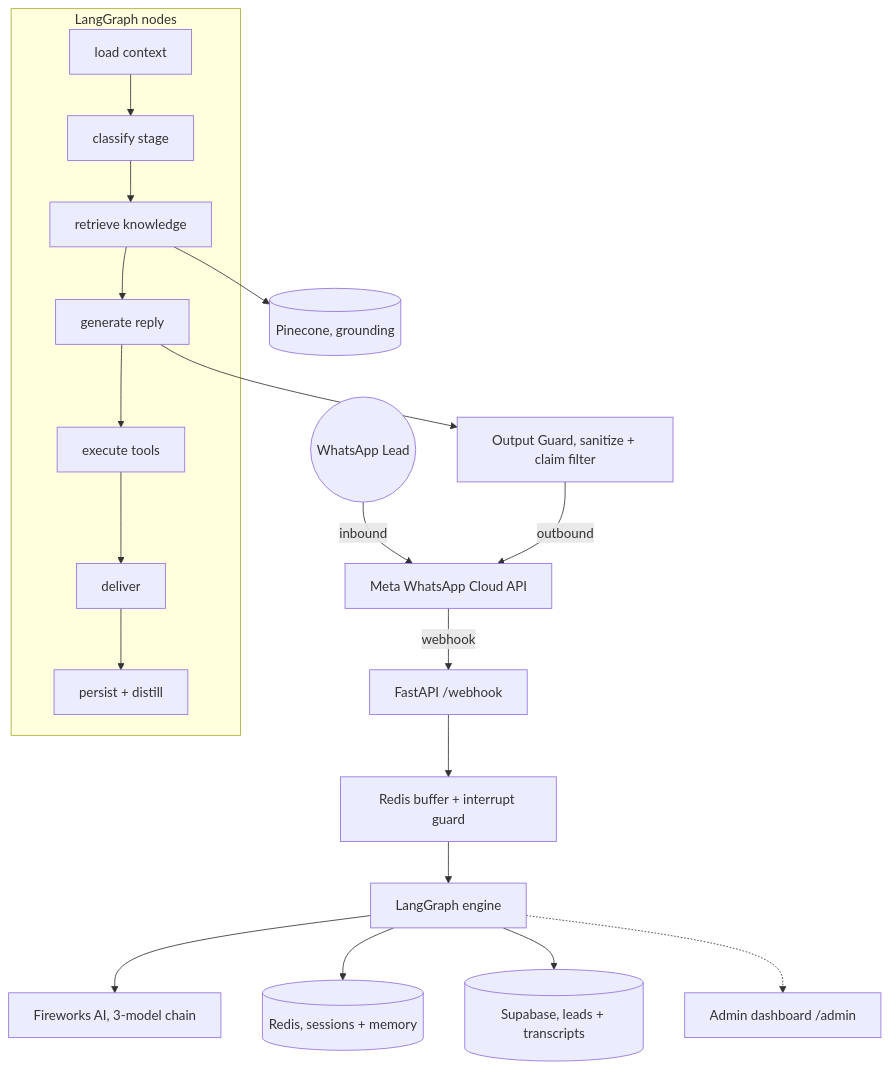
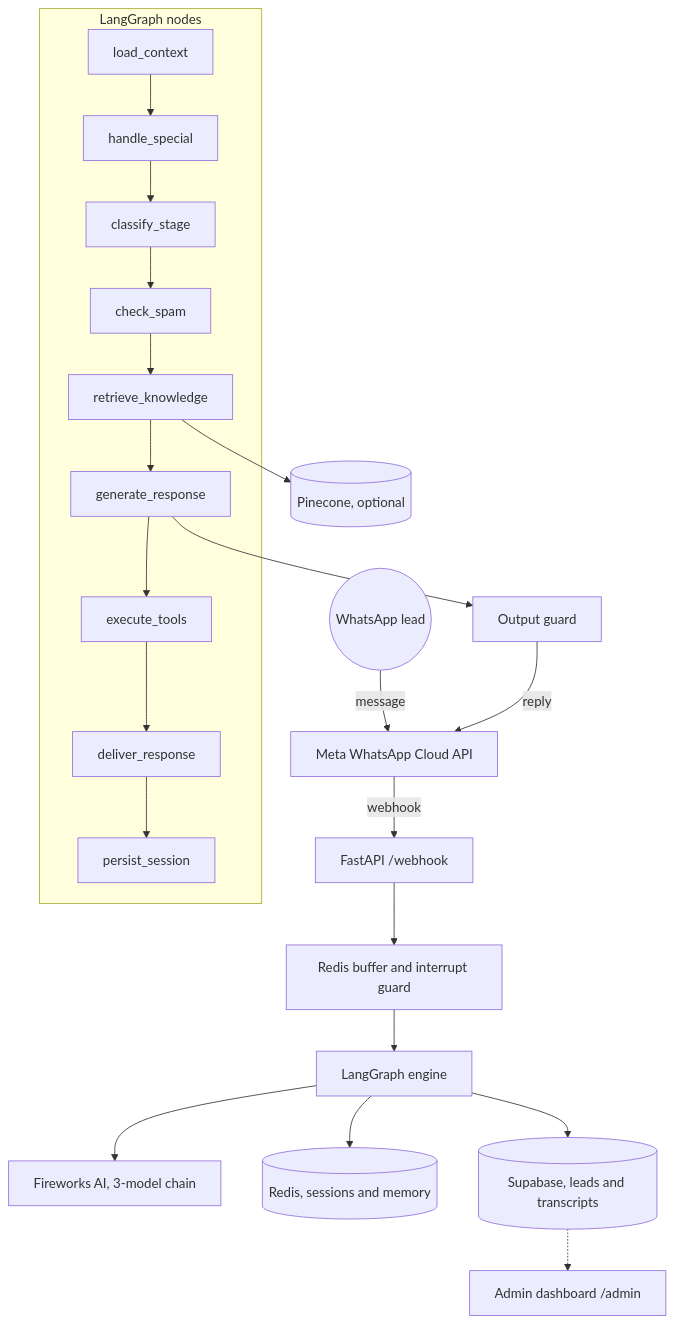
Before and after one commit to niihhhall/mark.ai: the diagram in README.md, drawn with Mermaid. The commit also changed other lines of this file, not shown here.

````diff
--- a/README.md
+++ b/README.md
@@ -30,21 +98,19 @@
 ```mermaid
 graph TD
-    U((WhatsApp Lead)) -->|inbound| META[Meta WhatsApp Cloud API]
+    U((WhatsApp lead)) -->|message| META[Meta WhatsApp Cloud API]
     META -->|webhook| WH[FastAPI /webhook]
-    WH --> BUF[Redis buffer + interrupt guard]
+    WH --> BUF[Redis buffer and interrupt guard]
     BUF --> LG[LangGraph engine]
-
-    subgraph LG_NODES [LangGraph nodes]
-      CTX[load context] --> STG[classify stage]
-      STG --> KN[retrieve knowledge] --> GEN[generate reply]
-      GEN --> TOOL[execute tools] --> DEL[deliver] --> PER[persist + distill]
+    subgraph NODES [LangGraph nodes]
+      CTX[load_context] --> SP[handle_special] --> STG[classify_stage] --> SPAM[check_spam]
+      SPAM --> KN[retrieve_knowledge] --> GEN[generate_response]
+      GEN --> TOOL[execute_tools] --> DEL[deliver_response] --> PER[persist_session]
     end
-
     LG --> FW[Fireworks AI, 3-model chain]
-    KN --> PC[(Pinecone, grounding)]
-    LG --> RD[(Redis, sessions + memory)]
-    LG --> SB[(Supabase, leads + transcripts)]
-    GEN --> OG[Output Guard, sanitize + claim filter]
-    OG -->|outbound| META
-    LG -.-> DASH[Admin dashboard /admin]
+    KN --> PC[(Pinecone, optional)]
+    LG --> RD[(Redis, sessions and memory)]
+    LG --> SB[(Supabase, leads and transcripts)]
+    GEN --> OG[Output guard]
+    OG -->|reply| META
+    SB -.-> DASH[Admin dashboard /admin]
 ```
````
